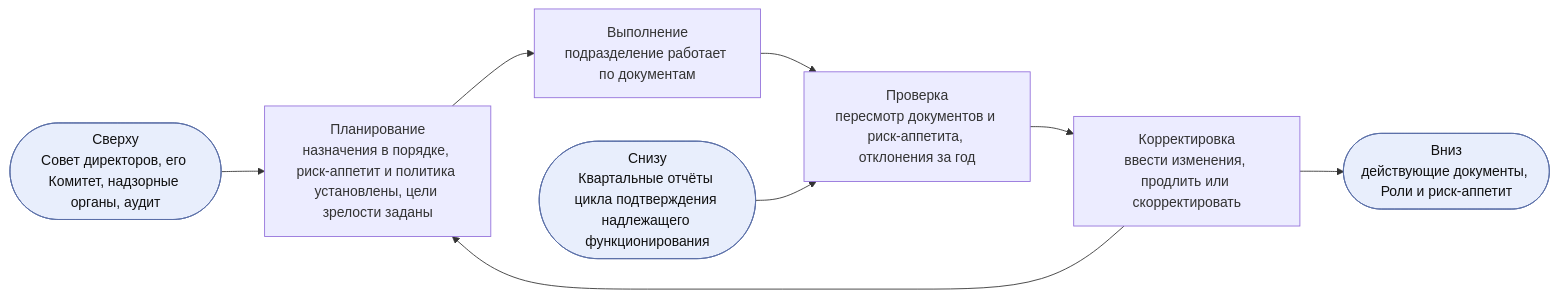
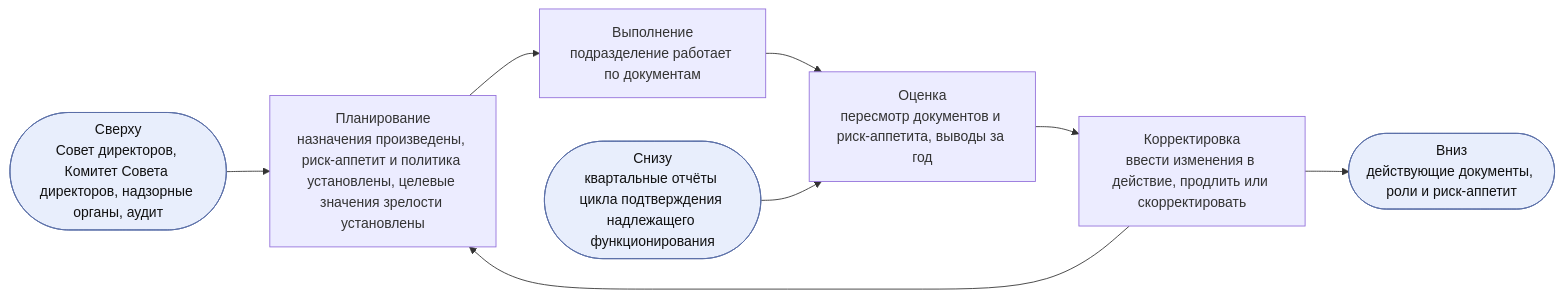
Before and after one commit to devhogu/ob-aicc: the second of 8 diagrams in charter/ru/documents/operating-model.md, drawn with Mermaid. The commit also changed other lines of this file and 2 other files, not shown here.

````diff
--- a/charter/ru/documents/operating-model.md
+++ b/charter/ru/documents/operating-model.md
@@ -172,8 +172,8 @@
 ```mermaid
 flowchart LR
-  IN(["Сверху<br/>Совет директоров, его Комитет, надзорные органы, аудит"]):::iface --> P
-  P["Планирование<br/>назначения в порядке, риск-аппетит и политика установлены, цели зрелости заданы"] --> D["Выполнение<br/>подразделение работает по документам"] --> C["Проверка<br/>пересмотр документов и риск-аппетита, отклонения за год"] --> A["Корректировка<br/>ввести изменения, продлить или скорректировать"] --> P
-  EV(["Снизу<br/>Квартальные отчёты цикла подтверждения надлежащего функционирования"]):::iface --> C
-  A --> OUT(["Вниз<br/>действующие документы, Роли и риск-аппетит"]):::iface
+  IN(["Сверху<br/>Совет директоров, Комитет Совета директоров, надзорные органы, аудит"]):::iface --> P
+  P["Планирование<br/>назначения произведены, риск-аппетит и политика установлены, целевые значения зрелости установлены"] --> D["Выполнение<br/>подразделение работает по документам"] --> C["Оценка<br/>пересмотр документов и риск-аппетита, выводы за год"] --> A["Корректировка<br/>ввести изменения в действие, продлить или скорректировать"] --> P
+  EV(["Снизу<br/>квартальные отчёты цикла подтверждения надлежащего функционирования"]):::iface --> C
+  A --> OUT(["Вниз<br/>действующие документы, роли и риск-аппетит"]):::iface
   classDef iface fill:#e8eefc,stroke:#5a6fa8,color:#111
 ```
````
